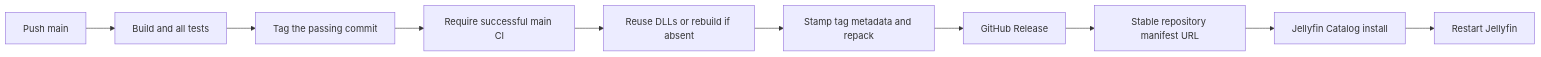
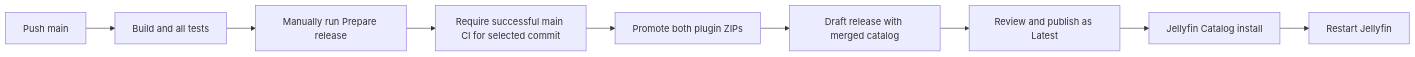
The diagram in doc/installation.md (Heehaaw/jellyfin-plugin-transmission-streaming), drawn with Mermaid before and after one commit. The commit also changed other lines of this file and 6 other files, not shown here.

First line of the commit message:
ci(release): prepare both plugins in a manual draft release

````diff
--- a/doc/installation.md
+++ b/doc/installation.md
@@ -50,12 +50,11 @@
 ```mermaid
 flowchart LR
     P[Push main] --> C[Build and all tests]
-    C --> T[Tag the passing commit]
-    T --> V[Require successful main CI]
-    V --> Z[Reuse DLLs or rebuild if absent]
-    Z --> P2[Stamp tag metadata and repack]
-    P2 --> R[GitHub Release]
-    R --> M[Stable repository manifest URL]
-    M --> J[Jellyfin Catalog install]
+    C --> D[Manually run Prepare release]
+    D --> V[Require successful main CI for selected commit]
+    V --> Z[Promote both plugin ZIPs]
+    Z --> R[Draft release with merged catalog]
+    R --> U[Review and publish as Latest]
+    U --> J[Jellyfin Catalog install]
     J --> S[Restart Jellyfin]
 ```
````
